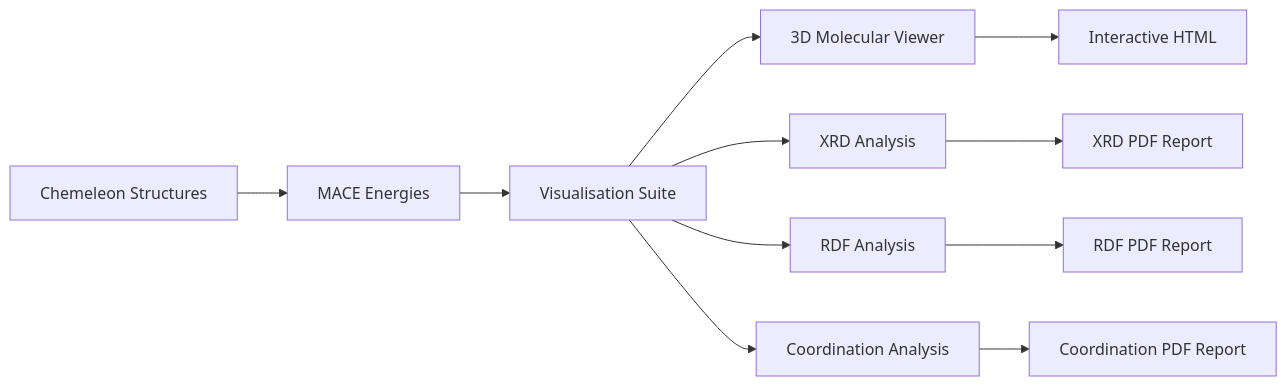
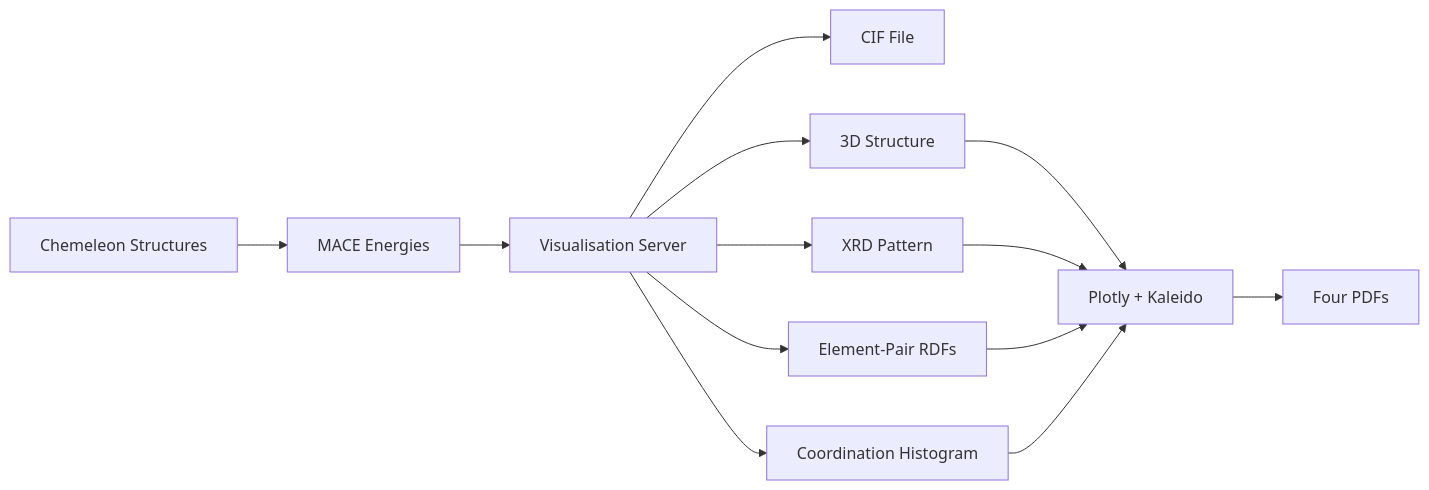
Before and after one commit to ryannduma/CrystaLyse.AI: the diagram in docs/tools/visualisation.md, drawn with Mermaid. The commit also changed other lines of this file and 28 other files, not shown here.

````diff
--- a/docs/tools/visualisation.md
+++ b/docs/tools/visualisation.md
@@ -383,15 +260,17 @@
 ```mermaid
 graph LR
     A[Chemeleon Structures] --> B[MACE Energies]
-    B --> C[Visualisation Suite]
-    
-    C --> D[3D Molecular Viewer]
-    C --> E[XRD Analysis]
-    C --> F[RDF Analysis] 
-    C --> G[Coordination Analysis]
-    
-    D --> H[Interactive HTML]
-    E --> I[XRD PDF Report]
-    F --> J[RDF PDF Report]
-    G --> K[Coordination PDF Report]
+    B --> C[Visualisation Server]
+
+    C --> D[CIF File]
+    C --> E[3D Structure]
+    C --> F[XRD Pattern]
+    C --> G[Element-Pair RDFs]
+    C --> H[Coordination Histogram]
+
+    E --> I[Plotly + Kaleido]
+    F --> I
+    G --> I
+    H --> I
+    I --> J[Four PDFs]
 ```
````
